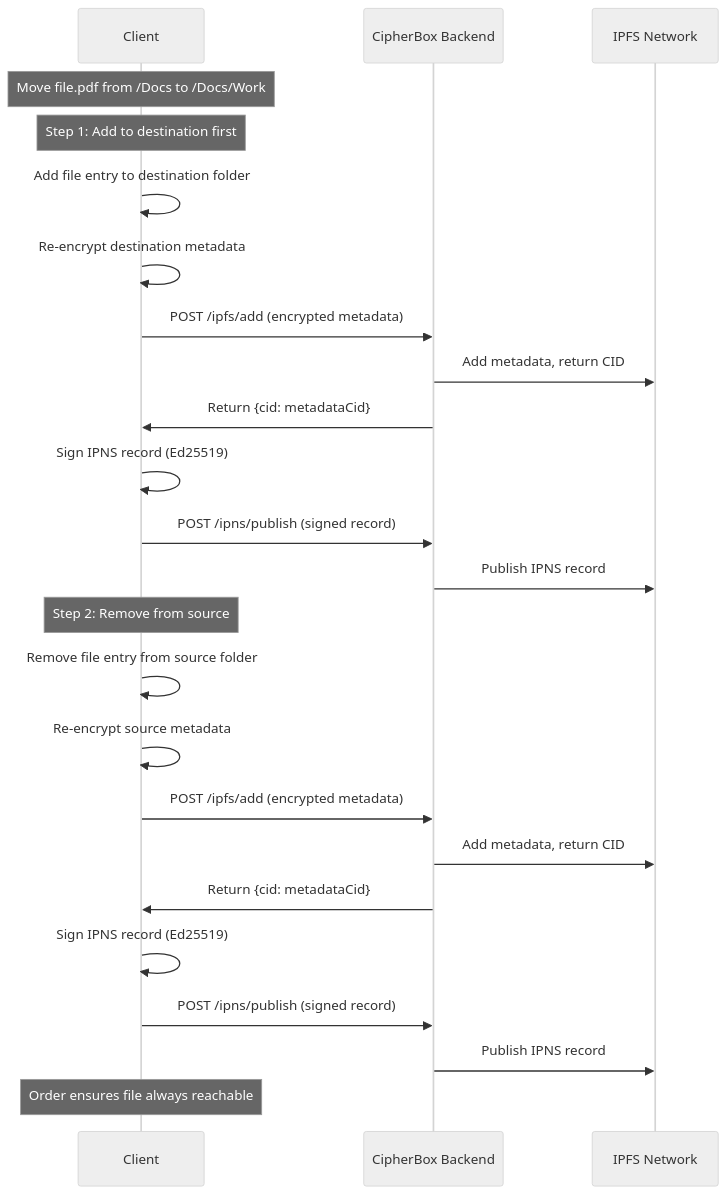
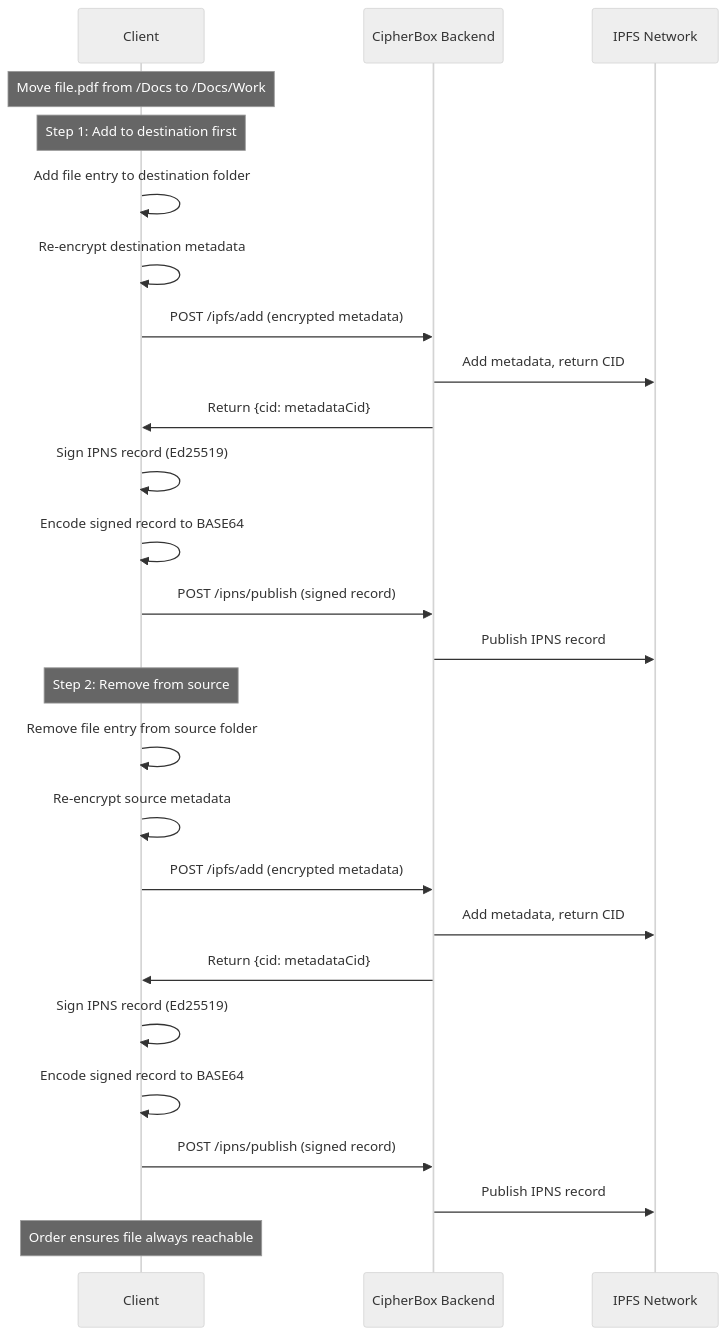
Before and after one commit to FSM1/cipher-box: diagram 11 of 14 in Documentation/DATA_FLOWS.md, drawn with Mermaid (neutral theme). The commit also changed other lines of this file and 7 other files, not shown here.

Commit message:
Add BASE64 encoding steps in IPNS sequences and bump version to 1.9.0

````diff
--- a/Documentation/DATA_FLOWS.md
+++ b/Documentation/DATA_FLOWS.md
@@ -434,30 +438,32 @@
 ```mermaid
 sequenceDiagram
     participant C as Client
   participant B as CipherBox Backend
   participant IPFS as IPFS Network
     
     Note over C: Move file.pdf from /Docs to /Docs/Work
     
     Note over C: Step 1: Add to destination first
     C->>C: Add file entry to destination folder
     C->>C: Re-encrypt destination metadata
     C->>B: POST /ipfs/add (encrypted metadata)
     B->>IPFS: Add metadata, return CID
     B->>C: Return {cid: metadataCid}
     C->>C: Sign IPNS record (Ed25519)
+    C->>C: Encode signed record to BASE64
     C->>B: POST /ipns/publish (signed record)
     B->>IPFS: Publish IPNS record
     
     Note over C: Step 2: Remove from source
     C->>C: Remove file entry from source folder
     C->>C: Re-encrypt source metadata
     C->>B: POST /ipfs/add (encrypted metadata)
     B->>IPFS: Add metadata, return CID
     B->>C: Return {cid: metadataCid}
     C->>C: Sign IPNS record (Ed25519)
+    C->>C: Encode signed record to BASE64
     C->>B: POST /ipns/publish (signed record)
     B->>IPFS: Publish IPNS record
     
     Note over C: Order ensures file always reachable
 ```
````
